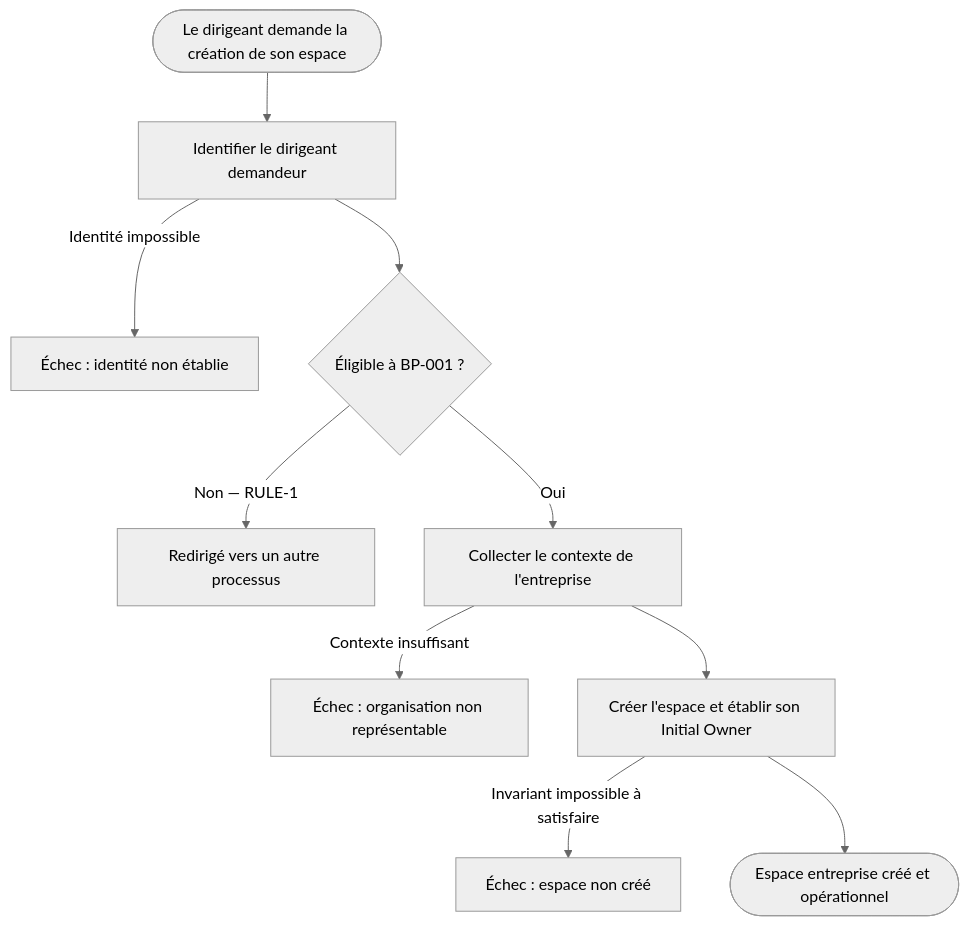
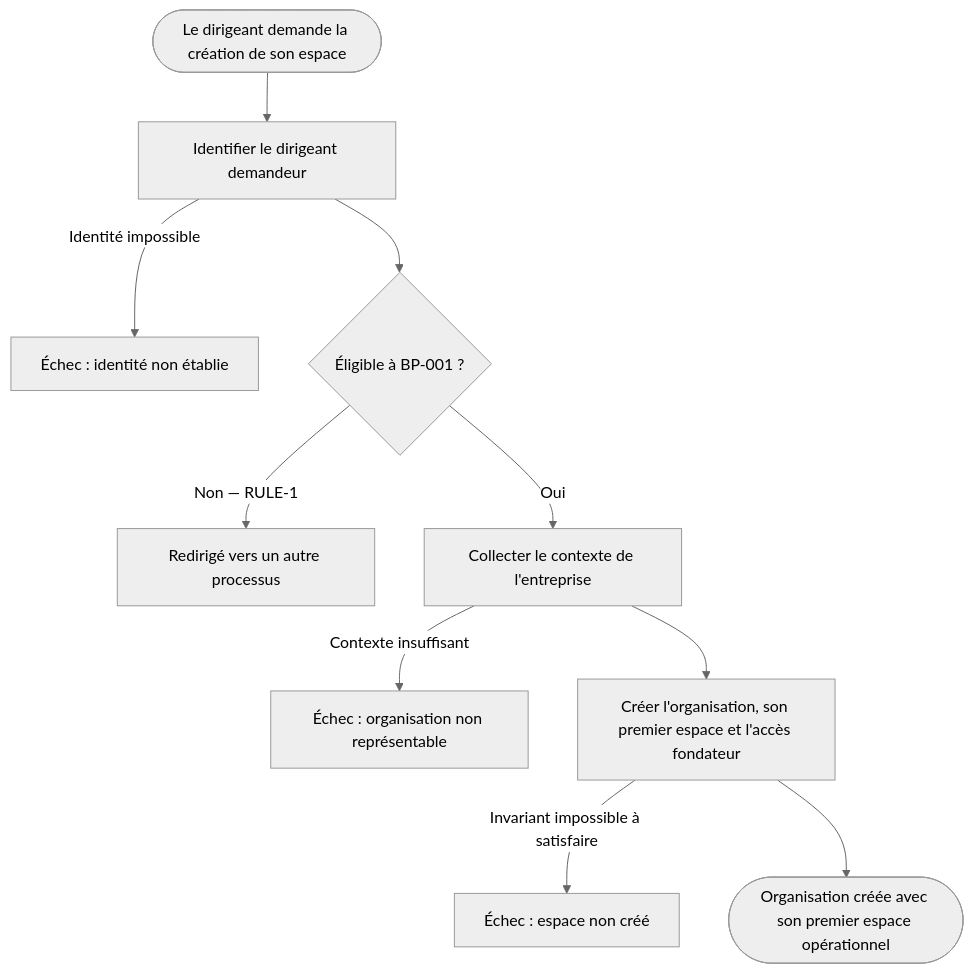
One commit to michaelatsey/saas-btp changed the diagram in .claude-context/context/product/specifications/BP-001-creer-espace-entreprise.md. Above: the diagram before and after it, drawn with Mermaid (neutral theme). The commit also changed other lines of this file, not shown here.

````diff
--- a/.claude-context/context/product/specifications/BP-001-creer-espace-entreprise.md
+++ b/.claude-context/context/product/specifications/BP-001-creer-espace-entreprise.md
@@ -184,22 +219,22 @@
 ```mermaid
 flowchart TD
     Start([Le dirigeant demande la création de son espace])
 
     Start --> Identify[Identifier le dirigeant demandeur]
 
     Identify -->|Identité impossible| FailId[Échec : identité non établie]
 
     Identify --> Eligible{Éligible à BP-001 ?}
 
     Eligible -->|Non — RULE-1| Redirect[Redirigé vers un autre processus]
 
     Eligible -->|Oui| Collect[Collecter le contexte de l'entreprise]
 
     Collect -->|Contexte insuffisant| FailCtx[Échec : organisation non représentable]
 
-    Collect --> Create[Créer l'espace et établir son Initial Owner]
+    Collect --> Create[Créer l'organisation, son premier espace et l'accès fondateur]
 
     Create -->|Invariant impossible à satisfaire| FailCreate[Échec : espace non créé]
 
-    Create --> Success([Espace entreprise créé et opérationnel])
+    Create --> Success([Organisation créée avec son premier espace opérationnel])
 ```
````
